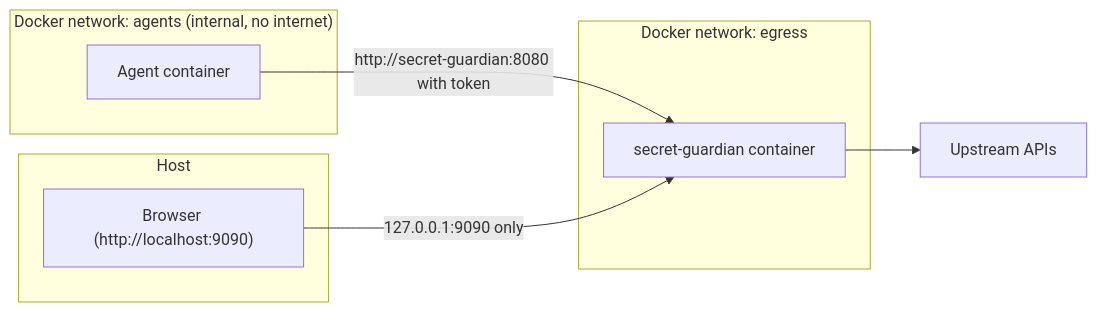
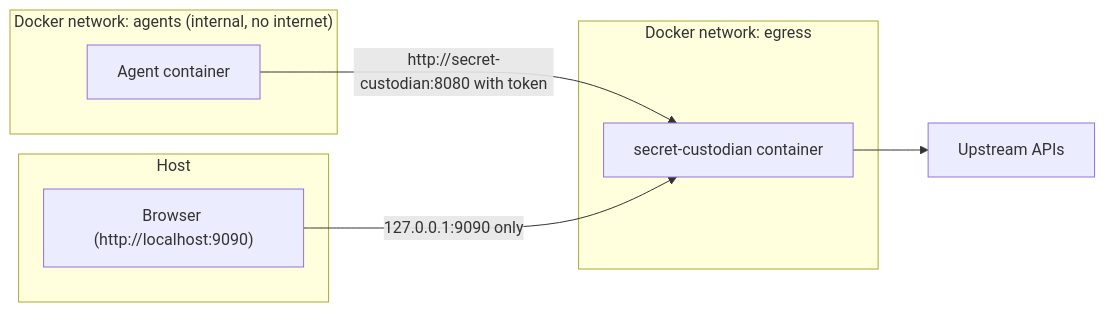
One commit to javanton/secret-custodian changed the diagram in docs/operations.md. Above: the diagram before and after it, drawn with Mermaid. The commit also changed other lines of this file and 26 other files, not shown here.

First line of the commit message:
chore: rename the product from Secret Guardian to Secret Custodian

````diff
--- a/docs/operations.md
+++ b/docs/operations.md
@@ -281,17 +281,17 @@
 ```mermaid
 flowchart LR
     subgraph hostns["Host"]
         BR["Browser (http://localhost:9090)"]
     end
     subgraph agents["Docker network: agents (internal, no internet)"]
         AG["Agent container"]
     end
     subgraph egress["Docker network: egress"]
-        SG["secret-guardian container"]
+        SG["secret-custodian container"]
     end
     NET["Upstream APIs"]
 
-    AG -- "http://secret-guardian:8080 with token" --> SG
+    AG -- "http://secret-custodian:8080 with token" --> SG
     SG --> NET
     BR -- "127.0.0.1:9090 only" --> SG
 ```
````
